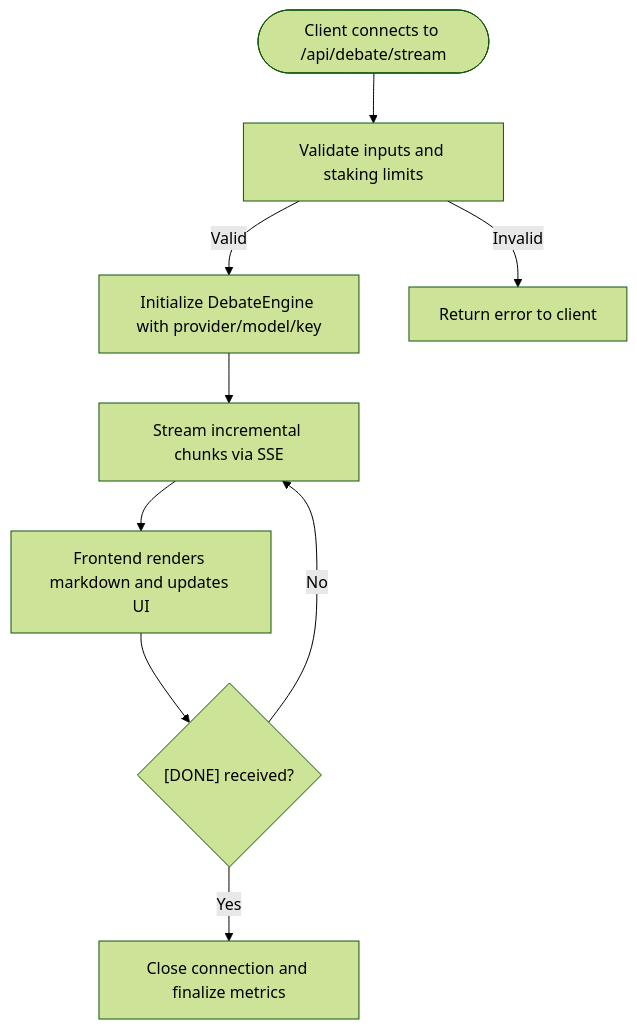
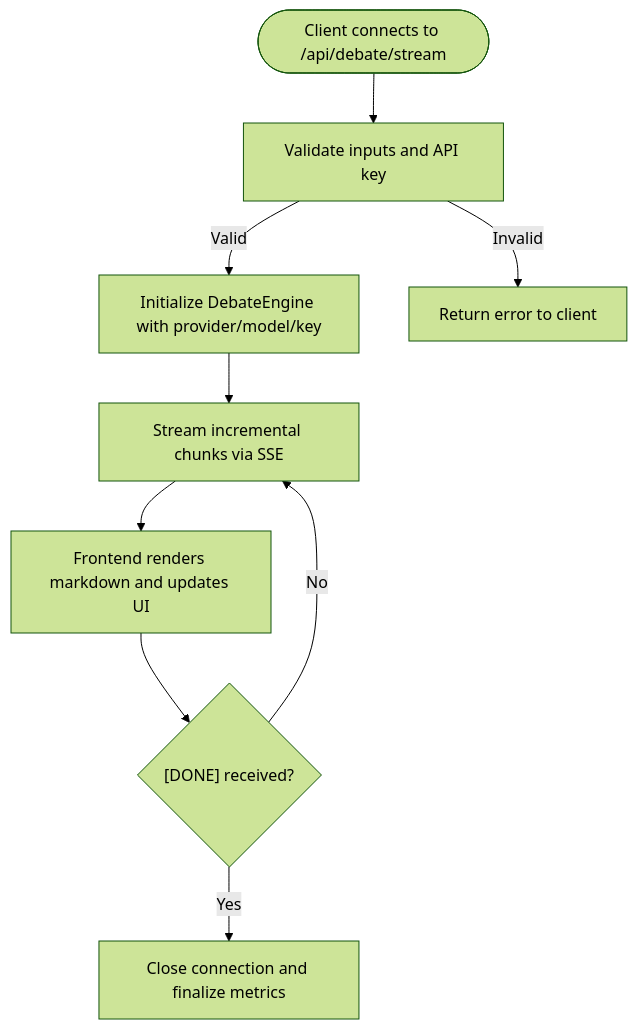
Before and after one commit to RunTimeAdmin/tri-ai: the fourth of 10 diagrams in .qoder/repowiki/en/content/System Architecture/System Architecture.md, drawn with Mermaid (forest theme). The commit also changed other lines of this file and 46 other files, not shown here.

Commit message:
Harden API security, add debate persistence, clean up repo

````diff
--- a/.qoder/repowiki/en/content/System Architecture/System Architecture.md
+++ b/.qoder/repowiki/en/content/System Architecture/System Architecture.md
@@ -214,11 +191,11 @@
 ```mermaid
 flowchart TD
-Start(["Client connects to /api/debate/stream"]) --> Validate["Validate inputs and staking limits"]
+Start(["Client connects to /api/debate/stream"]) --> Validate["Validate inputs and API key"]
 Validate --> |Valid| Init["Initialize DebateEngine with provider/model/key"]
 Validate --> |Invalid| Error["Return error to client"]
 Init --> Stream["Stream incremental chunks via SSE"]
 Stream --> Render["Frontend renders markdown and updates UI"]
 Render --> Done{"[DONE] received?"}
 Done --> |No| Stream
 Done --> |Yes| Finish["Close connection and finalize metrics"]
 ```
````
